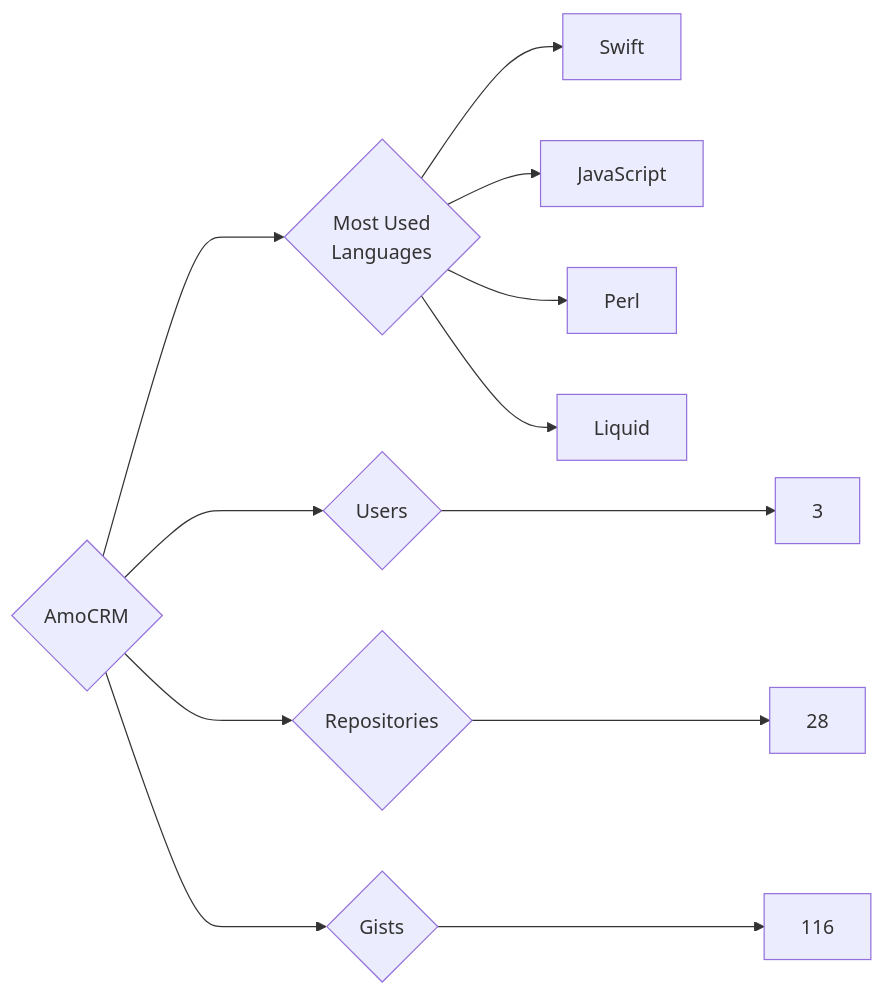
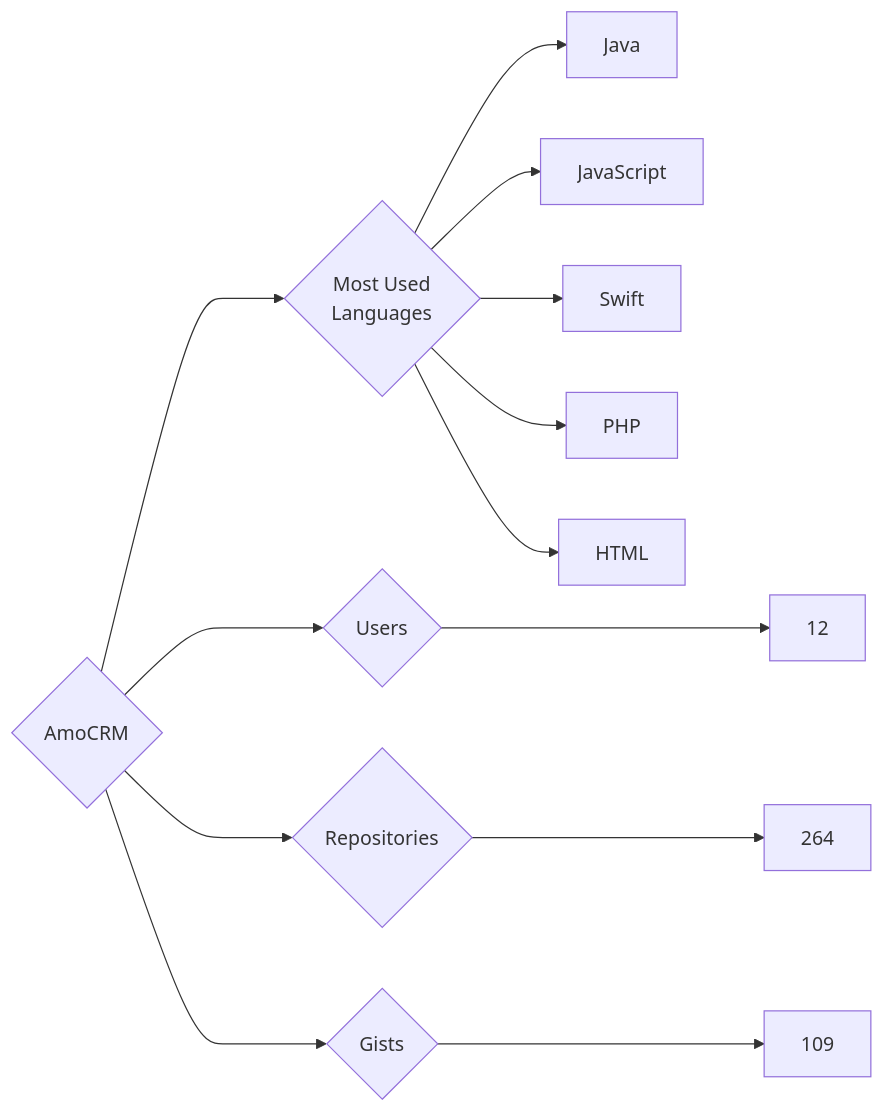
Before and after one commit to trickest/insiders: the diagram in targets/AmoCRM/README.md, drawn with Mermaid. The commit also changed 775 other files, not shown here.

````diff
--- a/targets/AmoCRM/README.md
+++ b/targets/AmoCRM/README.md
@@ -3,12 +3,13 @@
 ```mermaid
 graph LR
 COMPANY_NAME{AmoCRM}
-COMPANY_NAME ---> U{Users} ---> UN[3]
-COMPANY_NAME ---> R{Repositories} ---> RN[28]
-COMPANY_NAME ---> G{Gists} ---> GN[116]
+COMPANY_NAME ---> U{Users} ---> UN[12]
+COMPANY_NAME ---> R{Repositories} ---> RN[264]
+COMPANY_NAME ---> G{Gists} ---> GN[109]
 COMPANY_NAME ---> ML{Most Used<br>Languages}
+ML --> Java[Java]
+ML --> JavaScript[JavaScript]
 ML --> Swift[Swift]
-ML --> JavaScript[JavaScript]
-ML --> Perl[Perl]
-ML --> Liquid[Liquid]
+ML --> PHP[PHP]
+ML --> HTML[HTML]
 ```
````
